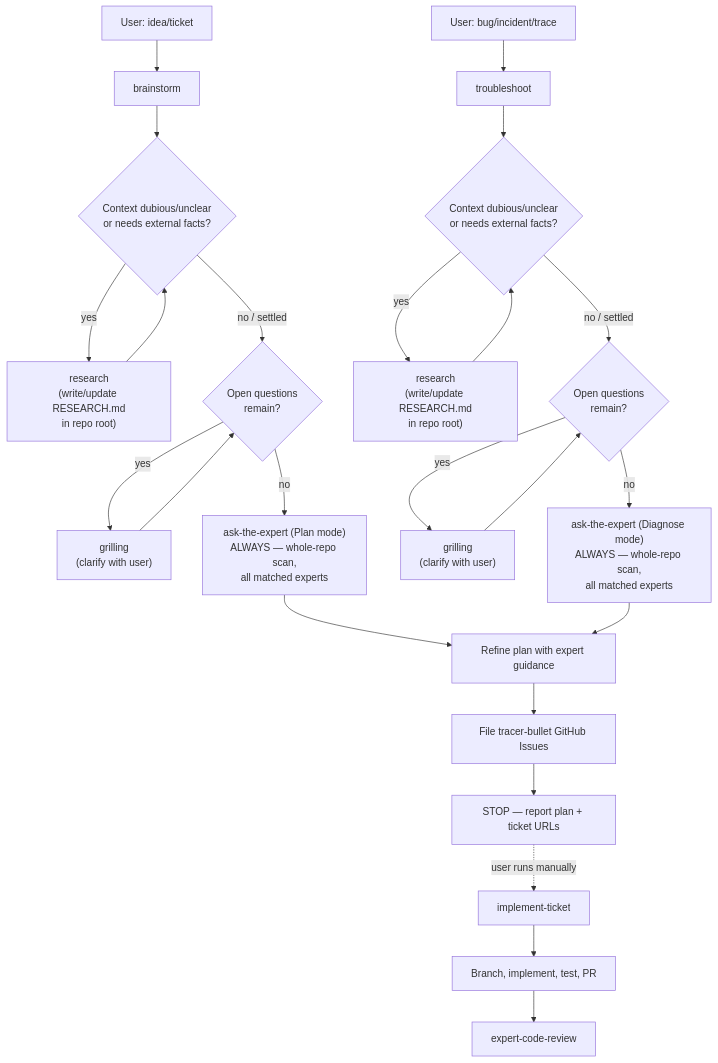
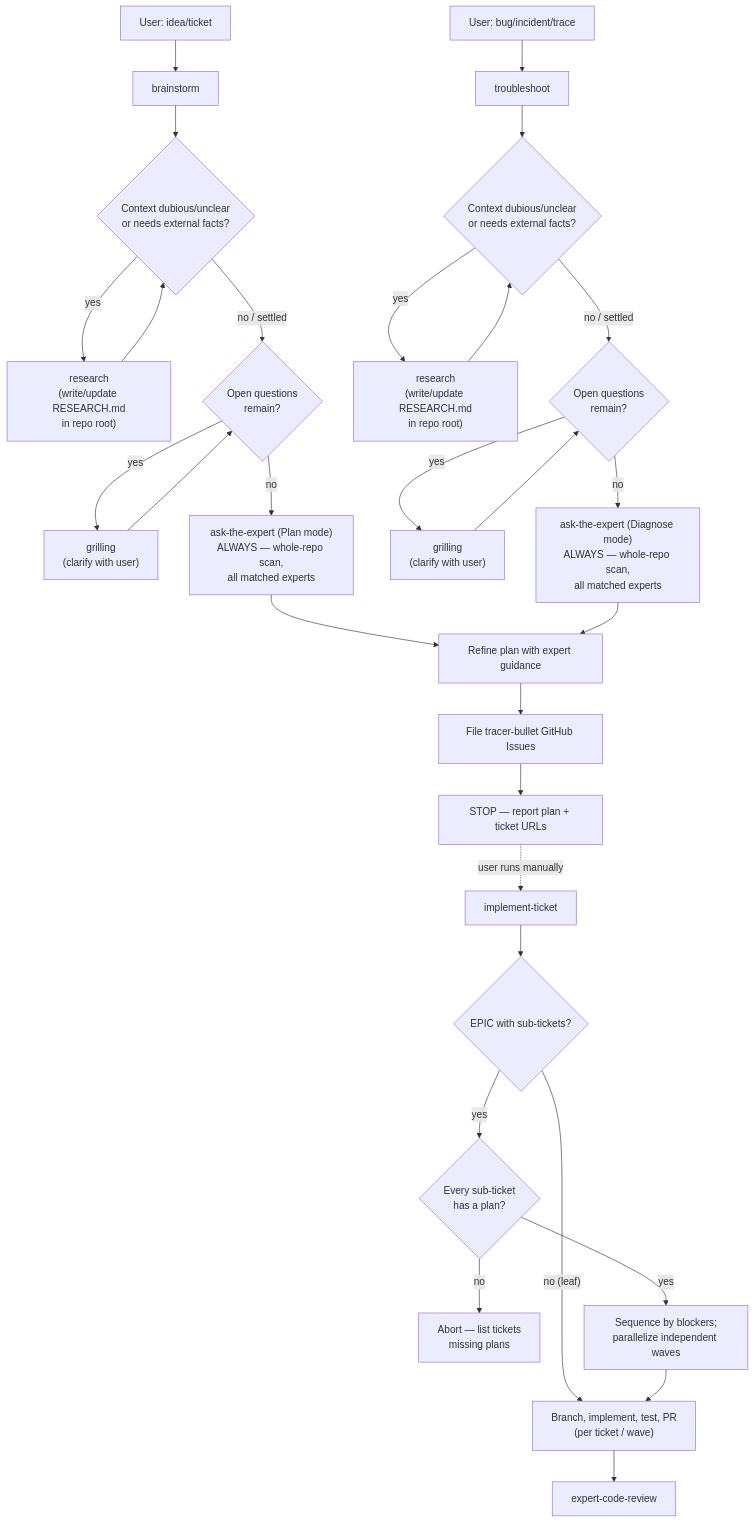
One commit to appelgriebsch/dotFiles changed the diagram in ai/README.md. Above: the diagram before and after it, drawn with Mermaid. The commit also changed other lines of this file and 1 other file, not shown here.

Commit message:
support for parallel implementation of epics w/ sub tickets

````diff
--- a/ai/README.md
+++ b/ai/README.md
@@ -64,31 +64,36 @@
 ```mermaid
 flowchart TD
     A["User: idea/ticket"] --> B["brainstorm"]
     A2["User: bug/incident/trace"] --> C["troubleshoot"]
 
     B --> R1{"Context dubious/unclear\nor needs external facts?"}
     R1 -- "yes" --> S1["research\n(write/update RESEARCH.md\nin repo root)"]
     S1 --> R1
     R1 -- "no / settled" --> T1{"Open questions\nremain?"}
     T1 -- "yes" --> U1["grilling\n(clarify with user)"]
     U1 --> T1
     T1 -- "no" --> D["ask-the-expert (Plan mode)\nALWAYS — whole-repo scan,\nall matched experts"]
 
     C --> R2{"Context dubious/unclear\nor needs external facts?"}
     R2 -- "yes" --> S2["research\n(write/update RESEARCH.md\nin repo root)"]
     S2 --> R2
     R2 -- "no / settled" --> T2{"Open questions\nremain?"}
     T2 -- "yes" --> U2["grilling\n(clarify with user)"]
     U2 --> T2
     T2 -- "no" --> E["ask-the-expert (Diagnose mode)\nALWAYS — whole-repo scan,\nall matched experts"]
 
     D --> F["Refine plan with expert guidance"]
     E --> F
 
     F --> G["File tracer-bullet GitHub Issues"]
     G --> H["STOP — report plan + ticket URLs"]
 
     H -. "user runs manually" .-> I["implement-ticket"]
-    I --> J["Branch, implement, test, PR"]
+    I --> I0{"EPIC with sub-tickets?"}
+    I0 -- "yes" --> I1{"Every sub-ticket\nhas a plan?"}
+    I1 -- "no" --> IAbort["Abort — list tickets\nmissing plans"]
+    I1 -- "yes" --> I2["Sequence by blockers;\nparallelize independent waves"]
+    I0 -- "no (leaf)" --> J
+    I2 --> J["Branch, implement, test, PR\n(per ticket / wave)"]
     J --> K["expert-code-review"]
 ```
````
